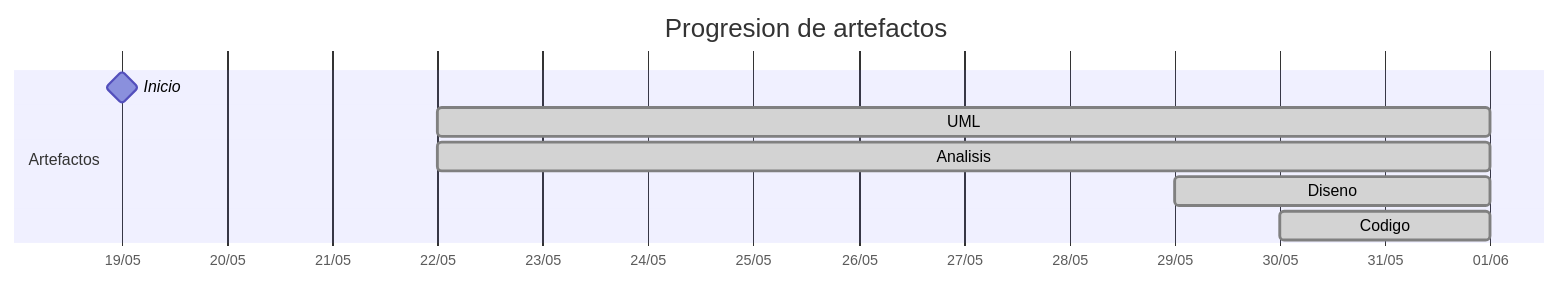
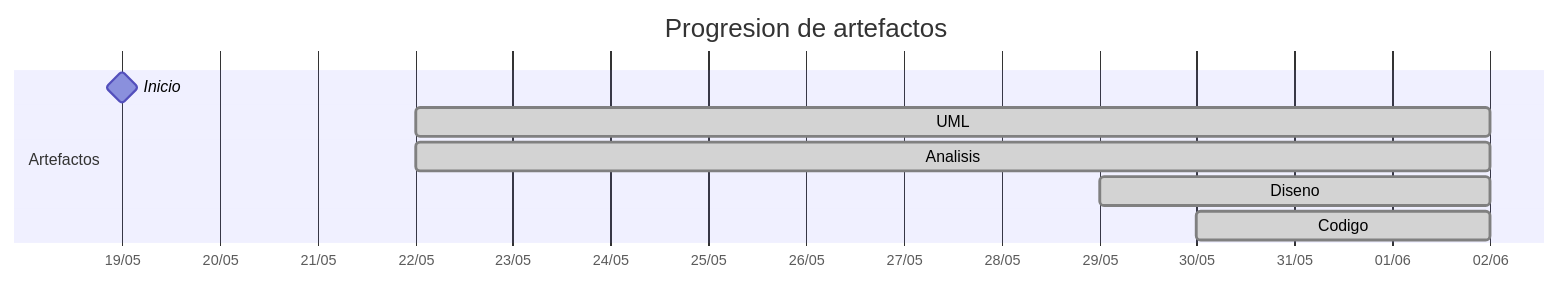
One commit to carlos-alvarado-25/25-26-idsw2-sdVC changed the diagram in TIMELINES/31Diego.md. Above: the diagram before and after it, drawn with Mermaid. The commit also changed other lines of this file and 11 other files, not shown here.

````diff
--- a/TIMELINES/31Diego.md
+++ b/TIMELINES/31Diego.md
@@ -19,12 +19,12 @@
 ```mermaid
 gantt
     title Progresion de artefactos
     dateFormat YYYY-MM-DD
     axisFormat %d/%m
     section Artefactos
         Inicio       :milestone, 2026-05-19, 0d
-        UML          :done, 2026-05-22, 2026-06-01
-        Analisis     :done, 2026-05-22, 2026-06-01
-        Diseno       :done, 2026-05-29, 2026-06-01
-        Codigo       :done, 2026-05-30, 2026-06-01
+        UML          :done, 2026-05-22, 2026-06-02
+        Analisis     :done, 2026-05-22, 2026-06-02
+        Diseno       :done, 2026-05-29, 2026-06-02
+        Codigo       :done, 2026-05-30, 2026-06-02
 ```
````
